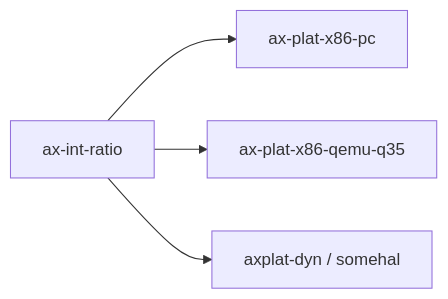
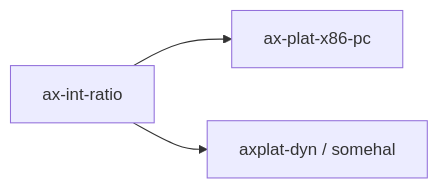
One commit to rcore-os/tgoskits changed the diagram in docs/docs/components/crates/ax-int-ratio.md. Above: the diagram before and after it, drawn with Mermaid. The commit also changed other lines of this file and 41 other files, not shown here.

````diff
--- a/docs/docs/components/crates/ax-int-ratio.md
+++ b/docs/docs/components/crates/ax-int-ratio.md
@@ -64,6 +64,5 @@
 ```mermaid
 graph LR
     ax_int_ratio["ax-int-ratio"] --> x86pc["ax-plat-x86-pc"]
-    ax_int_ratio --> x86q35["ax-plat-x86-qemu-q35"]
     ax_int_ratio --> dyn["axplat-dyn / somehal"]
 ```
````
